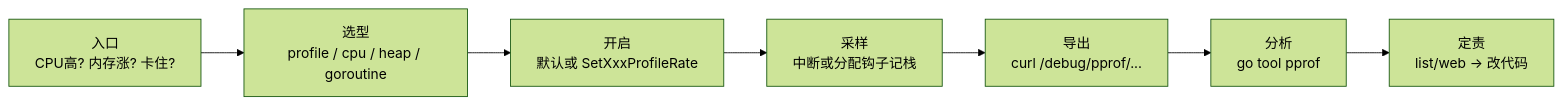
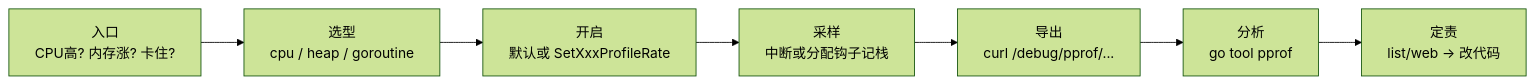
One commit to ml-cuizijun/LearnToLilith changed the first of 4 diagrams in 05-开发能力/03-Go/13-pprof与性能排查/知识点.md. Above: the diagram before and after it, drawn with Mermaid (forest theme). The commit also changed other lines of this file and 178 other files, not shown here.

````diff
--- a/05-开发能力/03-Go/13-pprof与性能排查/知识点.md
+++ b/05-开发能力/03-Go/13-pprof与性能排查/知识点.md
@@ -88,9 +88,9 @@
 ```mermaid
 flowchart LR
-    ENTRY["入口<br/>CPU高? 内存涨? 卡住?"] --> CHOOSE["选型<br/>profile / cpu / heap / goroutine"]
+    ENTRY["入口<br/>CPU高? 内存涨? 卡住?"] --> CHOOSE["选型<br/>cpu / heap / goroutine"]
     CHOOSE --> ENABLE["开启<br/>默认或 SetXxxProfileRate"]
     ENABLE --> SAMPLE["采样<br/>中断或分配钩子记栈"]
     SAMPLE --> EXPORT["导出<br/>curl /debug/pprof/..."]
     EXPORT --> ANALYZE["分析<br/>go tool pprof"]
-    ANALYZE --> FIX["定责<br/>list/web -> 改代码"]
+    ANALYZE --> FIX["定责<br/>list/web → 改代码"]
 ```
````
